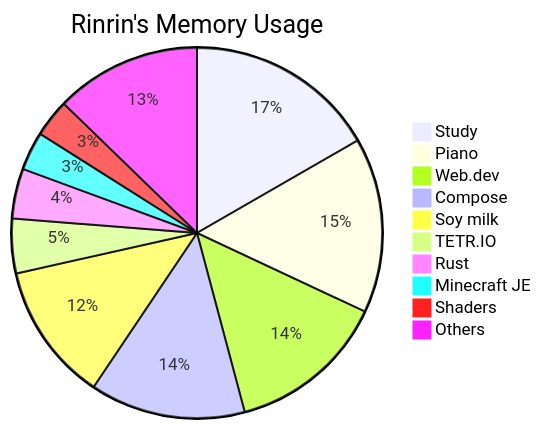
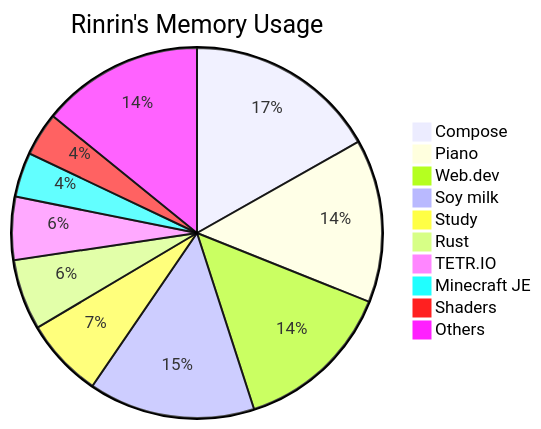
One commit to Rinrin0413/Rinrin0413 changed the diagram in README.md. Above: the diagram before and after it, drawn with Mermaid.

Commit message:
🛠 Update: Rinrin's Memory Usage

````diff
--- a/README.md
+++ b/README.md
@@ -76,13 +76,13 @@
 ```mermaid
 pie title Rinrin's Memory Usage
-    "Study": 203
-    "Piano": 186
-    "Web.dev": 169
-    "Compose": 165
-    "Soy milk": 147
+    "Compose": 177
+    "Piano": 150
+    "Web.dev": 147
+    "Soy milk": 153
+    "Study": 73
+    "Rust": 65
     "TETR.IO": 58
-    "Rust": 53
     "Minecraft JE": 41
     "Shaders": 40
-    "Others": 155
+    "Others": 149
 ```
````
